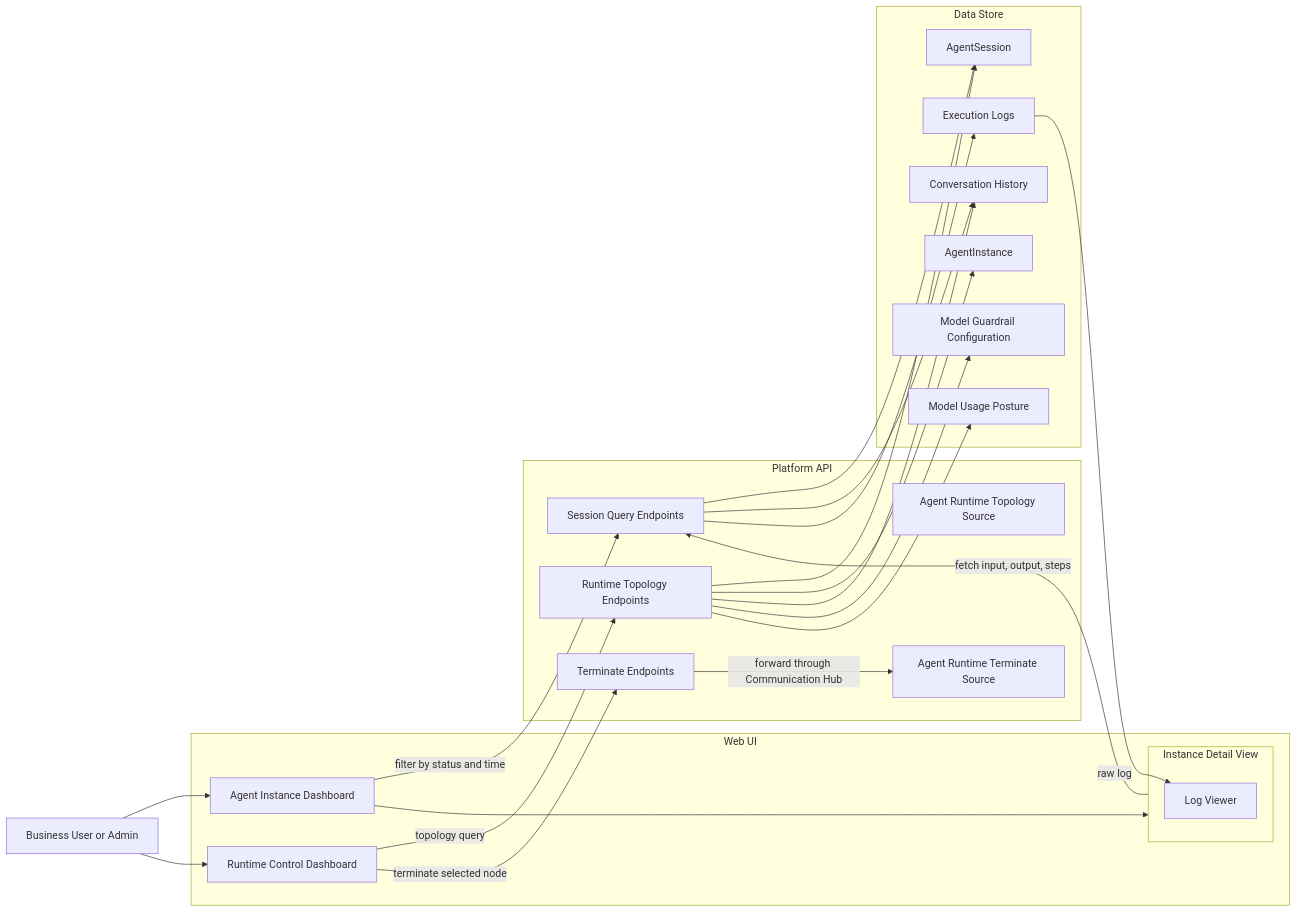
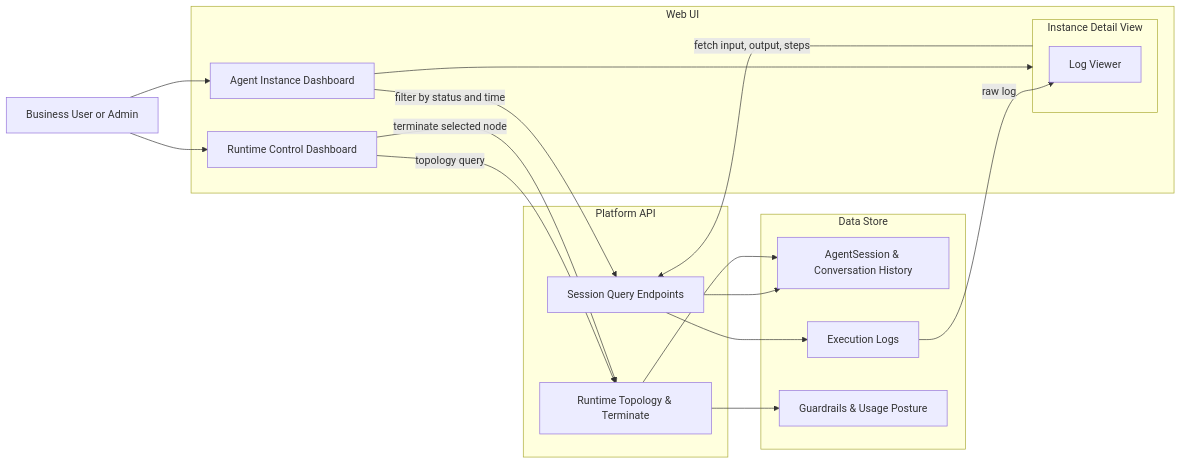
The diagram in docs/master/architecture/modules/agent-instance-dashboard.md (hurungang/parthenon), drawn with Mermaid before and after one commit. The commit also changed other lines of this file and 58 other files, not shown here.

````diff
--- a/docs/master/architecture/modules/agent-instance-dashboard.md
+++ b/docs/master/architecture/modules/agent-instance-dashboard.md
@@ -11,48 +11,37 @@
 ```mermaid
 flowchart LR
     User[Business User or Admin]
 
     subgraph WebUI[Web UI]
         AID[Agent Instance Dashboard]
         RCD[Runtime Control Dashboard]
         subgraph Detail[Instance Detail View]
             LogViewer[Log Viewer]
         end
     end
 
     subgraph API[Platform API]
         SQ[Session Query Endpoints]
-        RT[Runtime Topology Endpoints]
-        TR[Terminate Endpoints]
-        AR_RT[Agent Runtime Topology Source]
-        AR_TR[Agent Runtime Terminate Source]
+        Topo[Runtime Topology & Terminate]
     end
 
     subgraph Data[Data Store]
-        AS[AgentSession]
-        Conv[Conversation History]
+        AS[AgentSession & Conversation History]
         EL[Execution Logs]
-        MG[Model Guardrail Configuration]
-        MU[Model Usage Posture]
-        AI[AgentInstance]
+        GRD[Guardrails & Usage Posture]
     end
 
     User --> AID
     User --> RCD
     AID -->|filter by status and time| SQ
     AID --> Detail
     Detail -->|fetch input, output, steps| SQ
     SQ --> AS
-    SQ --> Conv
     SQ --> EL
     EL -->|raw log| LogViewer
 
-    RCD -->|topology query| RT
-    RCD -->|terminate selected node| TR
-    RT --> AS
-    RT --> AI
-    RT --> Conv
-    RT --> MG
-    RT --> MU
-    TR -->|forward through Communication Hub| AR_TR
+    RCD -->|topology query| Topo
+    RCD -->|terminate selected node| Topo
+    Topo --> AS
+    Topo --> GRD
 ```
````
